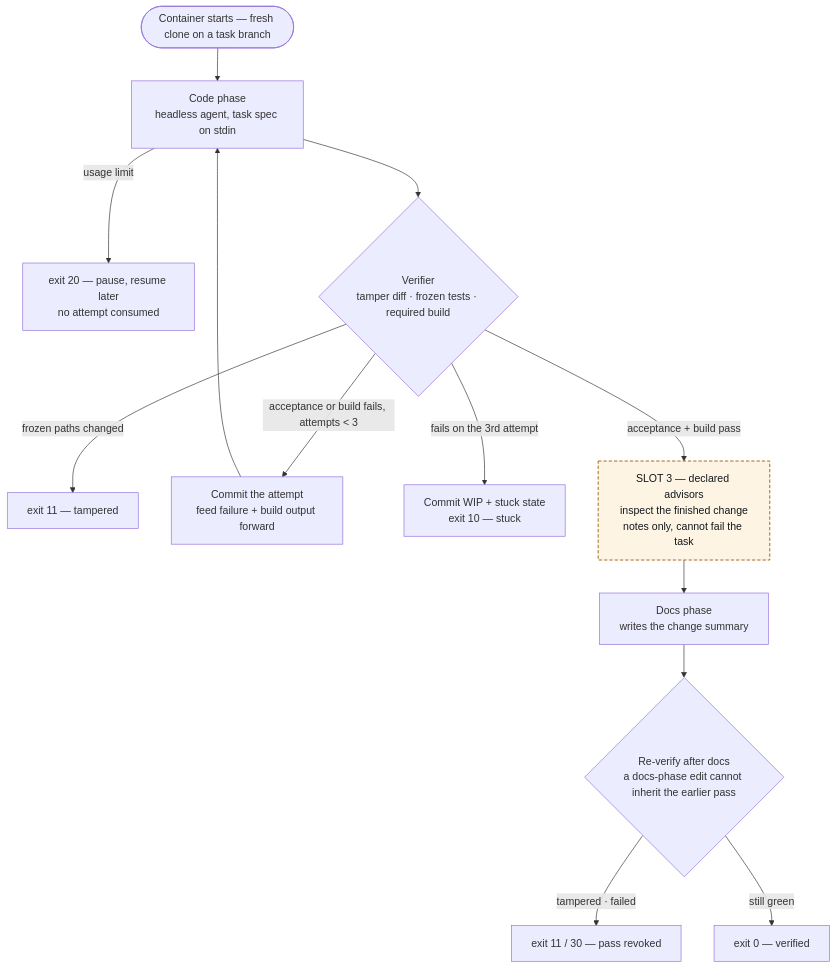
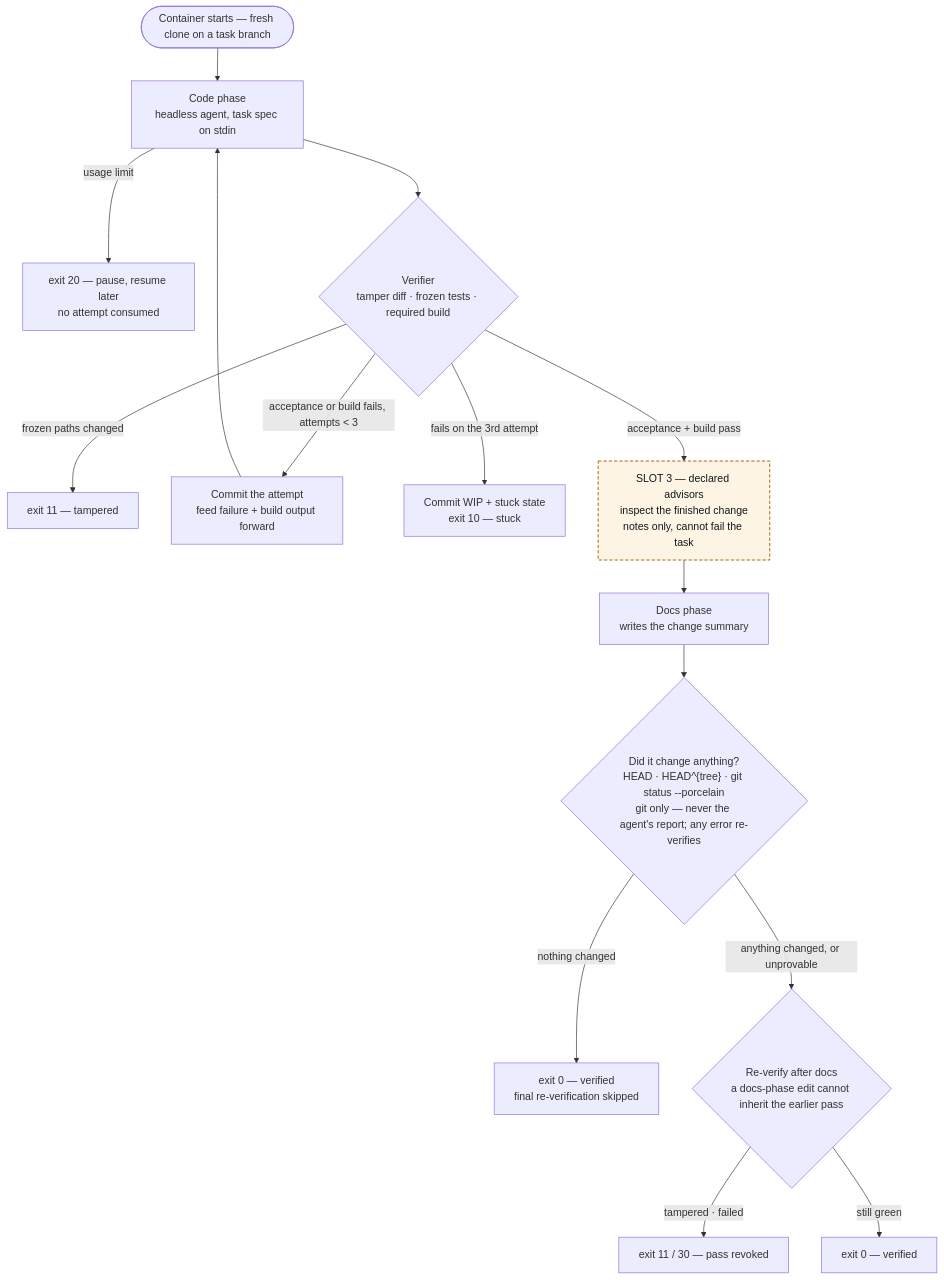
One commit to Chadleewalker/Multi-AgentPipelines changed the second of 6 diagrams in docs/pipeline-diagram.md. Above: the diagram before and after it, drawn with Mermaid. The commit also changed other lines of this file and 8 other files, not shown here.

````diff
--- a/docs/pipeline-diagram.md
+++ b/docs/pipeline-diagram.md
@@ -60,18 +60,20 @@
 ```mermaid
 flowchart TB
   S(["Container starts — fresh clone on a task branch"]) --> C1["Code phase<br/>headless agent, task spec on stdin"]
   C1 -->|"usage limit"| RL["exit 20 — pause, resume later<br/>no attempt consumed"]
   C1 --> V{"Verifier<br/>tamper diff · frozen tests · required build"}
   V -->|"frozen paths changed"| TA["exit 11 — tampered"]
   V -->|"acceptance or build fails, attempts &lt; 3"| FB["Commit the attempt<br/>feed failure + build output forward"]
   FB --> C1
   V -->|"fails on the 3rd attempt"| ST["Commit WIP + stuck state<br/>exit 10 — stuck"]
   V -->|"acceptance + build pass"| ADV["SLOT 3 — declared advisors<br/>inspect the finished change<br/>notes only, cannot fail the task"]
   ADV --> DP["Docs phase<br/>writes the change summary"]
-  DP --> RV{"Re-verify after docs<br/>a docs-phase edit cannot inherit the earlier pass"}
+  DP --> CH{"Did it change anything?<br/>HEAD · HEAD^{tree} · git status --porcelain<br/>git only — never the agent's report; any error re-verifies"}
+  CH -->|"nothing changed"| SK["exit 0 — verified<br/>final re-verification skipped"]
+  CH -->|"anything changed, or unprovable"| RV{"Re-verify after docs<br/>a docs-phase edit cannot inherit the earlier pass"}
   RV -->|"tampered · failed"| REVK["exit 11 / 30 — pass revoked"]
   RV -->|"still green"| OK["exit 0 — verified"]
 
   classDef specialist fill:#fdf4e3,stroke:#a86c17,stroke-width:1.5px,stroke-dasharray:5 3,color:#14181d
   class ADV specialist
 ```
````
